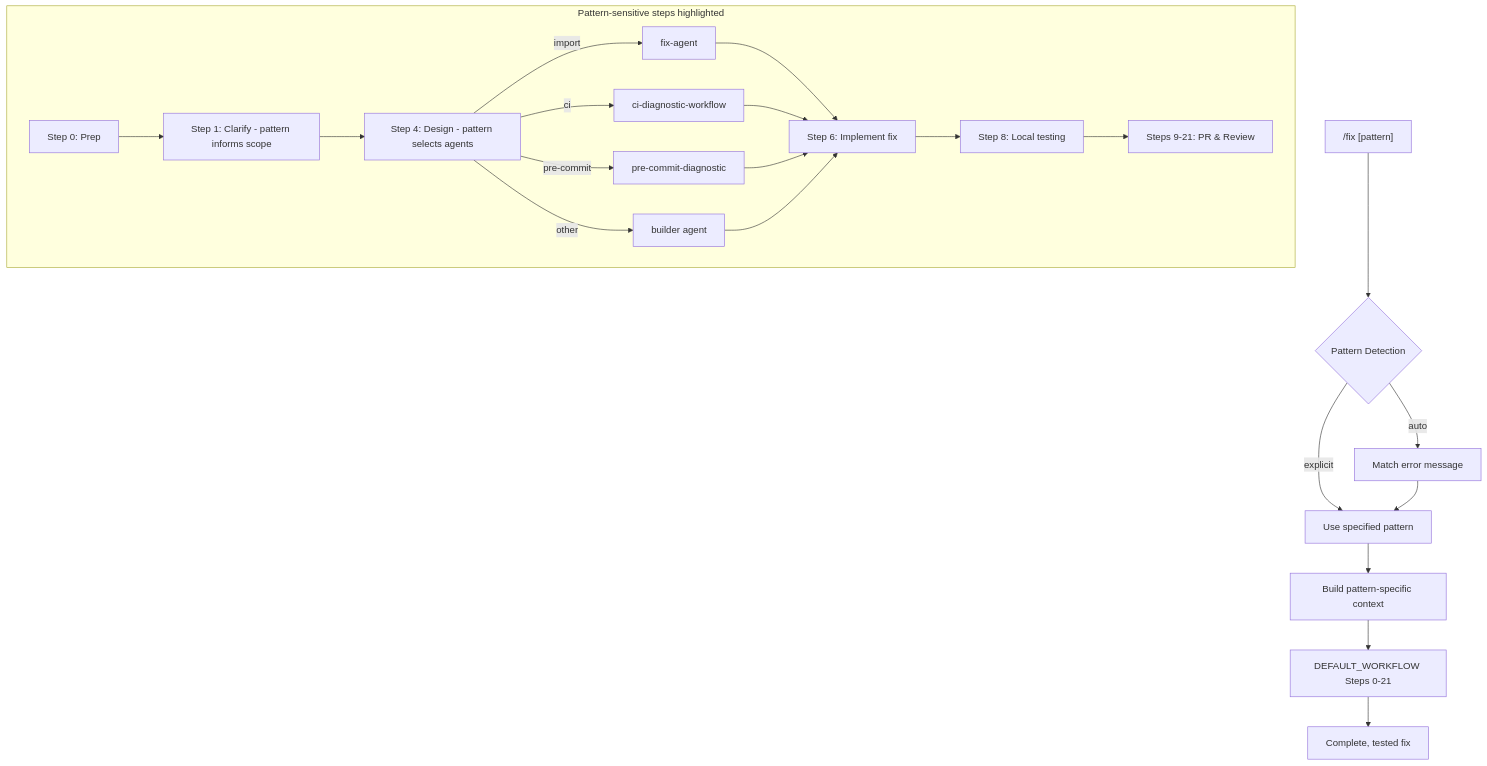
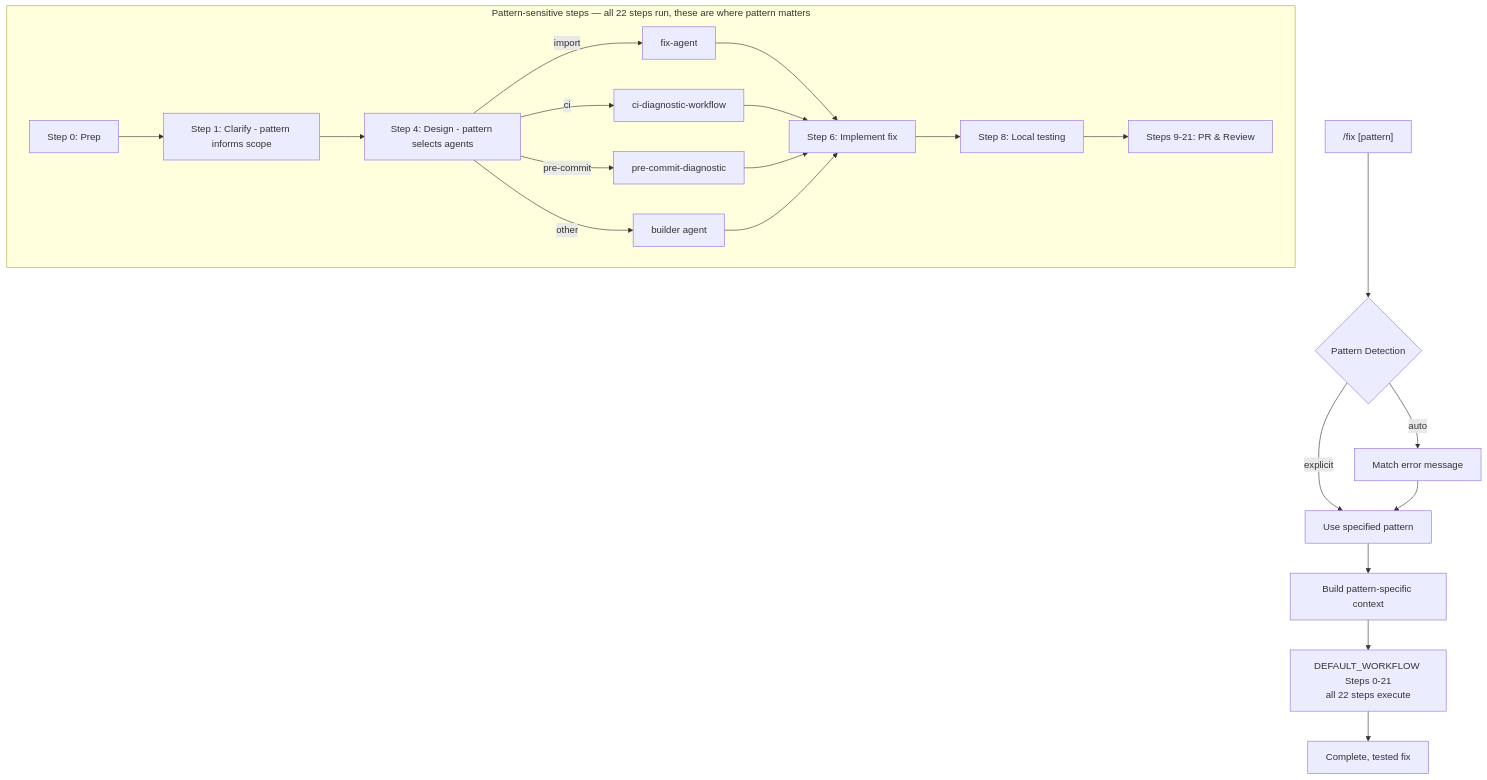
The diagram in .claude/commands/amplihack/fix.md (rysweet/amplihack), drawn with Mermaid before and after one commit. The commit also changed 3 other files, not shown here.

````diff
--- a/.claude/commands/amplihack/fix.md
+++ b/.claude/commands/amplihack/fix.md
@@ -65,24 +65,24 @@
 ```mermaid
 flowchart TD
     CMD["/fix [pattern]"] --> DETECT{Pattern Detection}
     DETECT -->|explicit| PAT[Use specified pattern]
     DETECT -->|auto| AUTO[Match error message]
     AUTO --> PAT
 
     PAT --> CTX[Build pattern-specific context]
-    CTX --> WF[DEFAULT_WORKFLOW Steps 0-21]
+    CTX --> WF[DEFAULT_WORKFLOW Steps 0-21<br/>all 22 steps execute]
 
-    subgraph WF_DETAIL["Pattern-sensitive steps highlighted"]
+    subgraph WF_DETAIL["Pattern-sensitive steps — all 22 steps run, these are where pattern matters"]
         S0[Step 0: Prep] --> S1[Step 1: Clarify - pattern informs scope]
         S1 --> S4[Step 4: Design - pattern selects agents]
         S4 -->|import| FIX_AGENT[fix-agent]
         S4 -->|ci| CI_AGENT[ci-diagnostic-workflow]
         S4 -->|pre-commit| PC_AGENT[pre-commit-diagnostic]
         S4 -->|other| BUILD[builder agent]
         FIX_AGENT & CI_AGENT & PC_AGENT & BUILD --> S6[Step 6: Implement fix]
         S6 --> S8[Step 8: Local testing]
         S8 --> S9_21[Steps 9-21: PR & Review]
     end
 
     WF --> DONE[Complete, tested fix]
 ```
````
